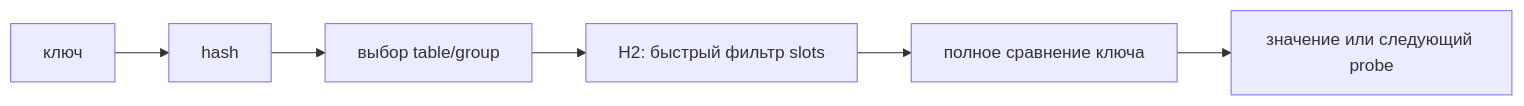
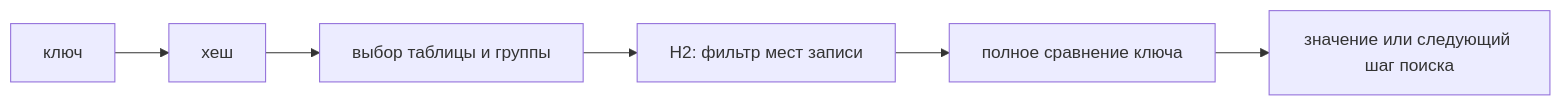
One commit to leary1337/vault changed the diagram in docs/go/data-structures/map.md. Above: the diagram before and after it, drawn with Mermaid. The commit also changed other lines of this file and 325 other files, not shown here.

````diff
--- a/docs/go/data-structures/map.md
+++ b/docs/go/data-structures/map.md
@@ -155,8 +77,8 @@
 ```mermaid
 flowchart LR
-    K["ключ"] --> H["hash"]
-    H --> D["выбор table/group"]
-    D --> F["H2: быстрый фильтр slots"]
+    K["ключ"] --> H["хеш"]
+    H --> D["выбор таблицы и группы"]
+    D --> F["H2: фильтр мест записи"]
     F --> C["полное сравнение ключа"]
-    C --> R["значение или следующий probe"]
+    C --> R["значение или следующий шаг поиска"]
 ```
````
